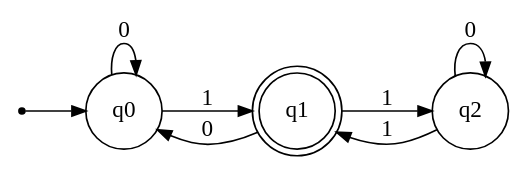
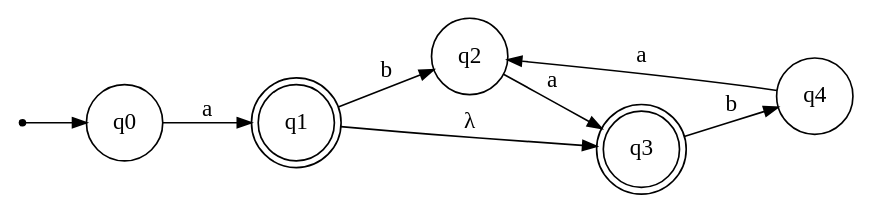
One commit to iMahdiGhazavi/TLA4012-Midterm-Project changed the diagram in Digraph.gv. Above: the diagram before and after it, drawn with Graphviz. The commit also changed 342 other files, not shown here.

```diff
--- a/Digraph.gv
+++ b/Digraph.gv
@@ -1,15 +1,17 @@
 digraph {
 	ranksep=0.5 size="(8, 8)"
 	rankdir=LR
 	Initial [label="" fontsize=14.0 shape=point]
 	q0 [fontsize=14.0 shape=circle]
 	q1 [fontsize=14.0 shape=doublecircle]
 	q2 [fontsize=14.0 shape=circle]
+	q3 [fontsize=14.0 shape=doublecircle]
+	q4 [fontsize=14.0 shape=circle]
 	Initial -> q0 [arrowsize=0.85]
-	q0 -> q0 [label=" 0 " arrowsize=0.85 fontsize=14.0]
-	q0 -> q1 [label=" 1 " arrowsize=0.85 fontsize=14.0]
-	q1 -> q0 [label=" 0 " arrowsize=0.85 fontsize=14.0]
-	q1 -> q2 [label=" 1 " arrowsize=0.85 fontsize=14.0]
-	q2 -> q2 [label=" 0 " arrowsize=0.85 fontsize=14.0]
-	q2 -> q1 [label=" 1 " arrowsize=0.85 fontsize=14.0]
+	q0 -> q1 [label=" a " arrowsize=0.85 fontsize=14.0]
+	q1 -> q3 [label=" λ " arrowsize=0.85 fontsize=14.0]
+	q1 -> q2 [label=" b " arrowsize=0.85 fontsize=14.0]
+	q2 -> q3 [label=" a " arrowsize=0.85 fontsize=14.0]
+	q3 -> q4 [label=" b " arrowsize=0.85 fontsize=14.0]
+	q4 -> q2 [label=" a " arrowsize=0.85 fontsize=14.0]
 }
```
